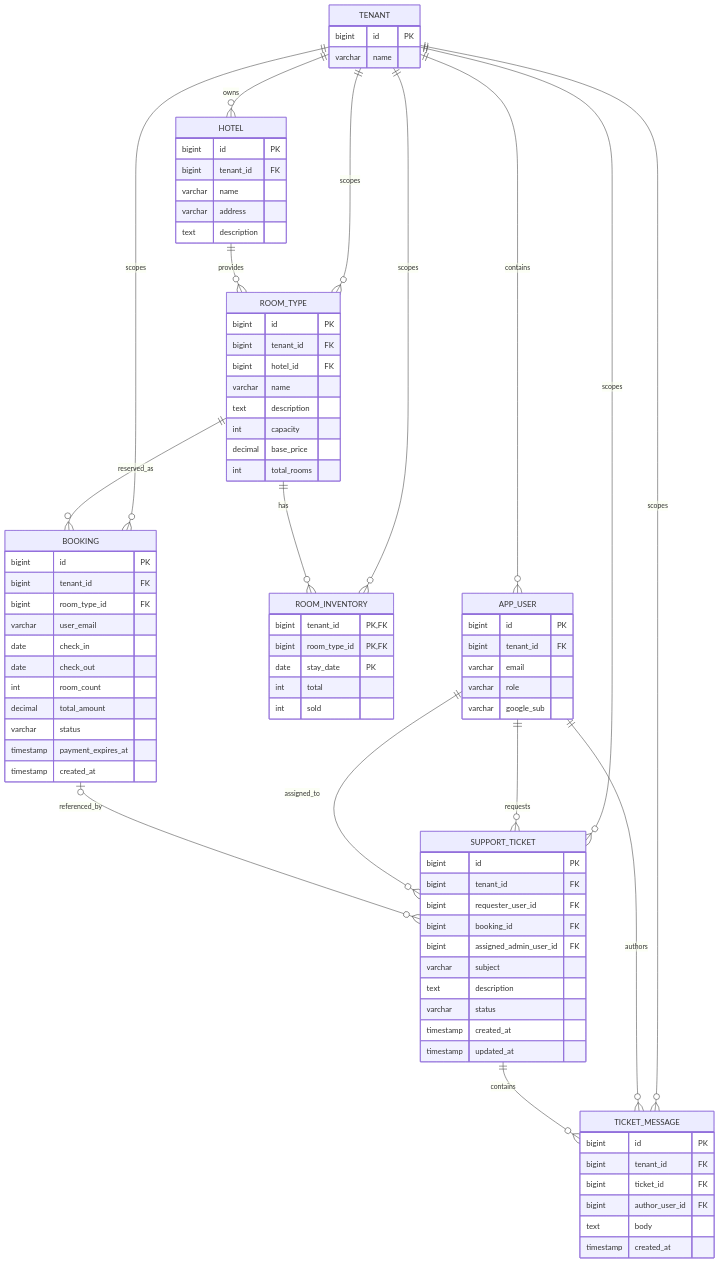
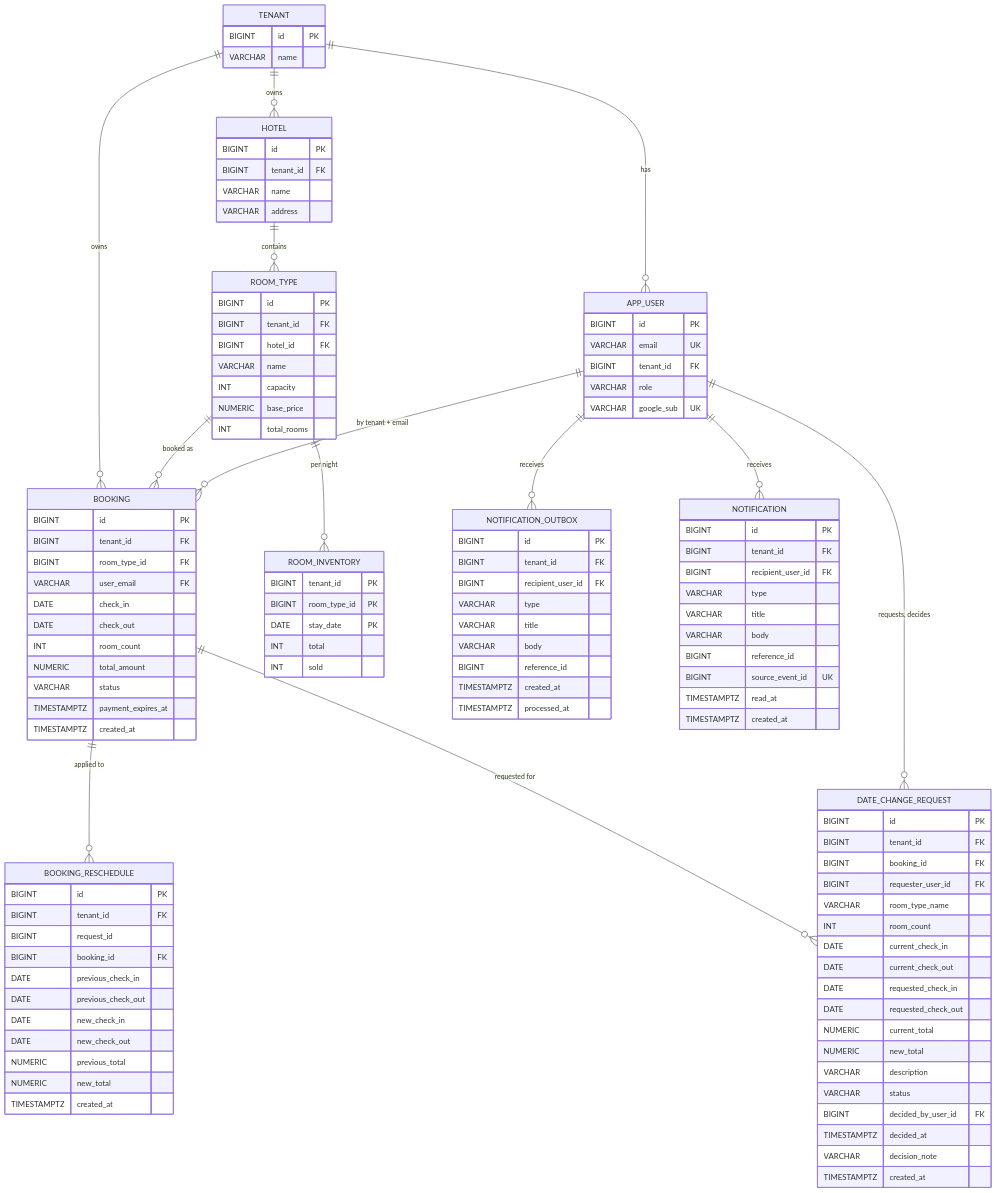
Before and after one commit to oabga/HotelBookingSystem: the diagram in backend/docs/documents/erd.md, drawn with Mermaid. The commit also changed other lines of this file and 21 other files, not shown here.

````diff
--- a/backend/docs/documents/erd.md
+++ b/backend/docs/documents/erd.md
@@ -116,86 +8,118 @@
 ```mermaid
 erDiagram
+    TENANT ||--o{ APP_USER : has
+    TENANT ||--o{ HOTEL : owns
+    TENANT ||--o{ BOOKING : owns
+    HOTEL ||--o{ ROOM_TYPE : contains
+    ROOM_TYPE ||--o{ ROOM_INVENTORY : "per night"
+    ROOM_TYPE ||--o{ BOOKING : "booked as"
+    APP_USER ||--o{ BOOKING : "by tenant + email"
+    BOOKING ||--o{ BOOKING_RESCHEDULE : "applied to"
+    BOOKING ||--o{ DATE_CHANGE_REQUEST : "requested for"
+    APP_USER ||--o{ DATE_CHANGE_REQUEST : "requests, decides"
+    APP_USER ||--o{ NOTIFICATION_OUTBOX : receives
+    APP_USER ||--o{ NOTIFICATION : receives
+
     TENANT {
-        bigint id PK
-        varchar name
+        BIGINT id PK
+        VARCHAR name
     }
     APP_USER {
-        bigint id PK
-        bigint tenant_id FK
-        varchar email
-        varchar role
-        varchar google_sub
+        BIGINT id PK
+        VARCHAR email UK
+        BIGINT tenant_id FK
+        VARCHAR role
+        VARCHAR google_sub UK
     }
     HOTEL {
-        bigint id PK
-        bigint tenant_id FK
-        varchar name
-        varchar address
-        text description
+        BIGINT id PK
+        BIGINT tenant_id FK
+        VARCHAR name
+        VARCHAR address
     }
     ROOM_TYPE {
-        bigint id PK
-        bigint tenant_id FK
-        bigint hotel_id FK
-        varchar name
-        text description
-        int capacity
-        decimal base_price
-        int total_rooms
+        BIGINT id PK
+        BIGINT tenant_id FK
+        BIGINT hotel_id FK
+        VARCHAR name
+        INT capacity
+        NUMERIC base_price
+        INT total_rooms
     }
     ROOM_INVENTORY {
-        bigint tenant_id PK,FK
-        bigint room_type_id PK,FK
-        date stay_date PK
-        int total
-        int sold
+        BIGINT tenant_id PK
+        BIGINT room_type_id PK
+        DATE stay_date PK
+        INT total
+        INT sold
     }
     BOOKING {
-        bigint id PK
-        bigint tenant_id FK
-        bigint room_type_id FK
-        varchar user_email
-        date check_in
-        date check_out
-        int room_count
-        decimal total_amount
-        varchar status
-        timestamp payment_expires_at
-        timestamp created_at
+        BIGINT id PK
+        BIGINT tenant_id FK
+        BIGINT room_type_id FK
+        VARCHAR user_email FK
+        DATE check_in
+        DATE check_out
+        INT room_count
+        NUMERIC total_amount
+        VARCHAR status
+        TIMESTAMPTZ payment_expires_at
+        TIMESTAMPTZ created_at
     }
-    SUPPORT_TICKET {
-        bigint id PK
-        bigint tenant_id FK
-        bigint requester_user_id FK
-        bigint booking_id FK
-        bigint assigned_admin_user_id FK
-        varchar subject
-        text description
-        varchar status
-        timestamp created_at
-        timestamp updated_at
+    BOOKING_RESCHEDULE {
+        BIGINT id PK
+        BIGINT tenant_id FK
+        BIGINT request_id
+        BIGINT booking_id FK
+        DATE previous_check_in
+        DATE previous_check_out
+        DATE new_check_in
+        DATE new_check_out
+        NUMERIC previous_total
+        NUMERIC new_total
+        TIMESTAMPTZ created_at
     }
-    TICKET_MESSAGE {
-        bigint id PK
-        bigint tenant_id FK
-        bigint ticket_id FK
-        bigint author_user_id FK
-        text body
-        timestamp created_at
+    DATE_CHANGE_REQUEST {
+        BIGINT id PK
+        BIGINT tenant_id FK
+        BIGINT booking_id FK
+        BIGINT requester_user_id FK
+        VARCHAR room_type_name
+        INT room_count
+        DATE current_check_in
+        DATE current_check_out
+        DATE requested_check_in
+        DATE requested_check_out
+        NUMERIC current_total
+        NUMERIC new_total
+        VARCHAR description
+        VARCHAR status
+        BIGINT decided_by_user_id FK
+        TIMESTAMPTZ decided_at
+        VARCHAR decision_note
+        TIMESTAMPTZ created_at
     }
-    TENANT ||--o{ APP_USER : contains
-    TENANT ||--o{ HOTEL : owns
-    TENANT ||--o{ ROOM_TYPE : scopes
-    TENANT ||--o{ ROOM_INVENTORY : scopes
-    TENANT ||--o{ BOOKING : scopes
-    TENANT ||--o{ SUPPORT_TICKET : scopes
-    TENANT ||--o{ TICKET_MESSAGE : scopes
-    HOTEL ||--o{ ROOM_TYPE : provides
-    ROOM_TYPE ||--o{ ROOM_INVENTORY : has
-    ROOM_TYPE ||--o{ BOOKING : reserved_as
-    APP_USER ||--o{ SUPPORT_TICKET : requests
-    APP_USER ||--o{ SUPPORT_TICKET : assigned_to
-    APP_USER ||--o{ TICKET_MESSAGE : authors
-    BOOKING |o--o{ SUPPORT_TICKET : referenced_by
-    SUPPORT_TICKET ||--o{ TICKET_MESSAGE : contains
+    NOTIFICATION_OUTBOX {
+        BIGINT id PK
+        BIGINT tenant_id FK
+        BIGINT recipient_user_id FK
+        VARCHAR type
+        VARCHAR title
+        VARCHAR body
+        BIGINT reference_id
+        TIMESTAMPTZ created_at
+        TIMESTAMPTZ processed_at
+    }
+    NOTIFICATION {
+        BIGINT id PK
+        BIGINT tenant_id FK
+        BIGINT recipient_user_id FK
+        VARCHAR type
+        VARCHAR title
+        VARCHAR body
+        BIGINT reference_id
+        BIGINT source_event_id UK
+        TIMESTAMPTZ read_at
+        TIMESTAMPTZ created_at
+    }
 ```
````
